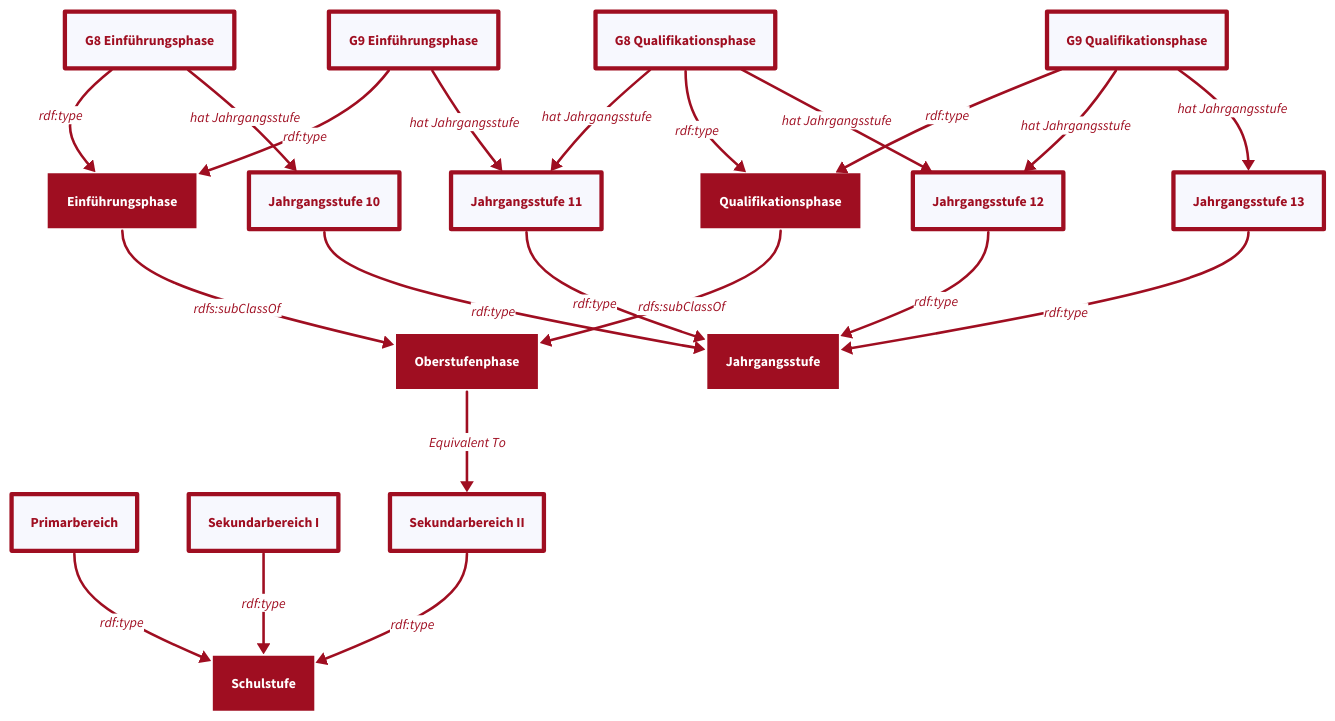
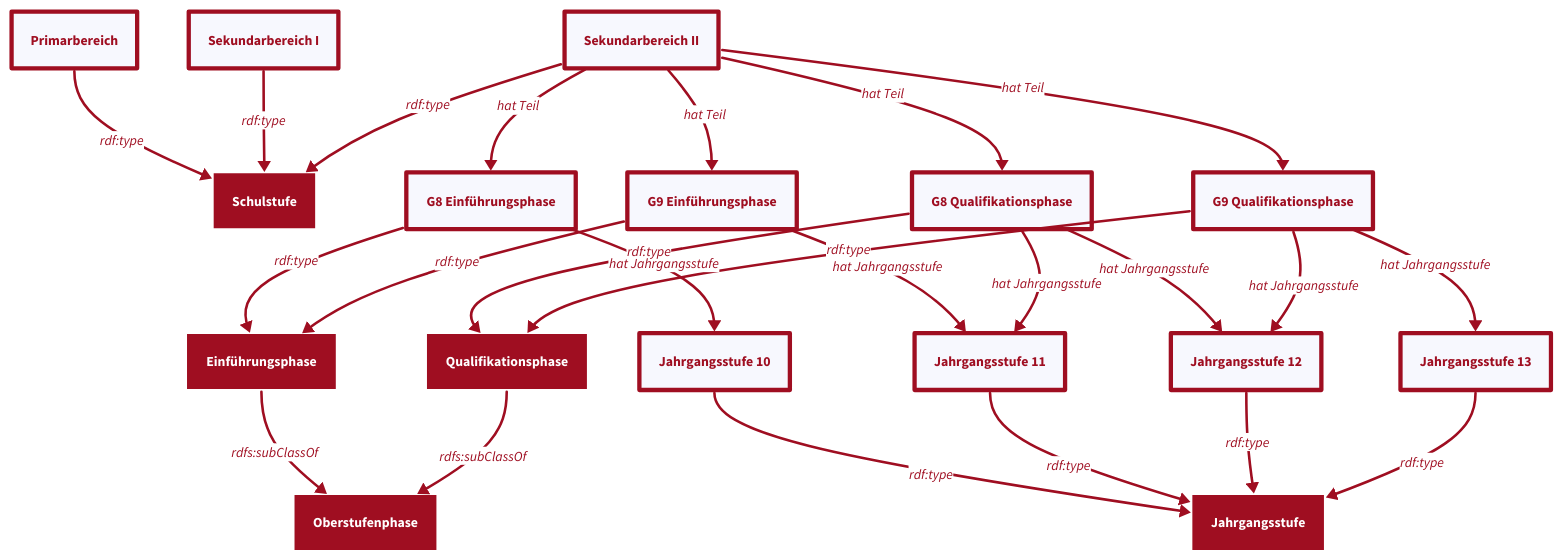
Before and after one commit to FWU-DE/lehrplan-ontologie: the sixth of 11 diagrams in docs/patterns.md, drawn with D2. The commit also changed other lines of this file and 2 other files, not shown here.

Commit message:
Doku: Ergänzung in sparql (und Verbesserungen in patterns und structure)

```diff
--- a/docs/patterns.md
+++ b/docs/patterns.md
@@ -1029,6 +1033,14 @@
   }
 }
 
+G9 Einführungsphase -> Jahrgangsstufe 11: hat Jahrgangsstufe {
+  style: {
+    stroke: "#9F0E21"
+    stroke-width: 3
+    font-color: "#9F0E21"
+  }
+}
+
 G8 Qualifikationsphase -> Jahrgangsstufe 11: hat Jahrgangsstufe {
   style: {
     stroke: "#9F0E21"
@@ -1061,14 +1073,6 @@
   }
 }
 
-G9 Einführungsphase -> Jahrgangsstufe 11: hat Jahrgangsstufe {
-  style: {
-    stroke: "#9F0E21"
-    stroke-width: 3
-    font-color: "#9F0E21"
-  }
-}
-
 G8 Qualifikationsphase -> Jahrgangsstufe 12: hat Jahrgangsstufe {
   style: {
     stroke: "#9F0E21"
@@ -1093,7 +1097,31 @@
   }
 }
 
-Oberstufenphase -> Sekundarbereich II: Equivalent To {
+Sekundarbereich II -> G8 Einführungsphase: hat Teil {
+  style: {
+    stroke: "#9F0E21"
+    stroke-width: 3
+    font-color: "#9F0E21"
+  }
+}
+
+Sekundarbereich II -> G8 Qualifikationsphase: hat Teil {
+  style: {
+    stroke: "#9F0E21"
+    stroke-width: 3
+    font-color: "#9F0E21"
+  }
+}
+
+Sekundarbereich II -> G9 Einführungsphase: hat Teil {
+  style: {
+    stroke: "#9F0E21"
+    stroke-width: 3
+    font-color: "#9F0E21"
+  }
+}
+
+Sekundarbereich II -> G9 Qualifikationsphase: hat Teil {
   style: {
     stroke: "#9F0E21"
     stroke-width: 3
```
